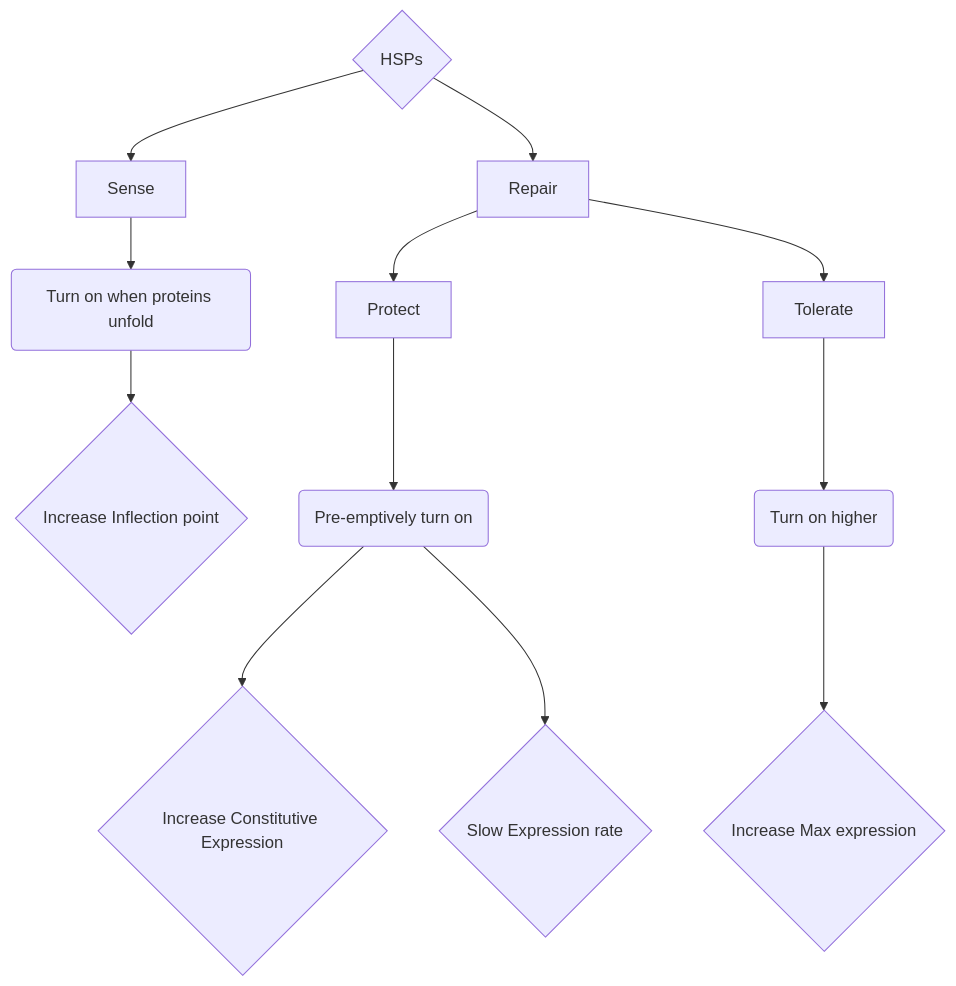
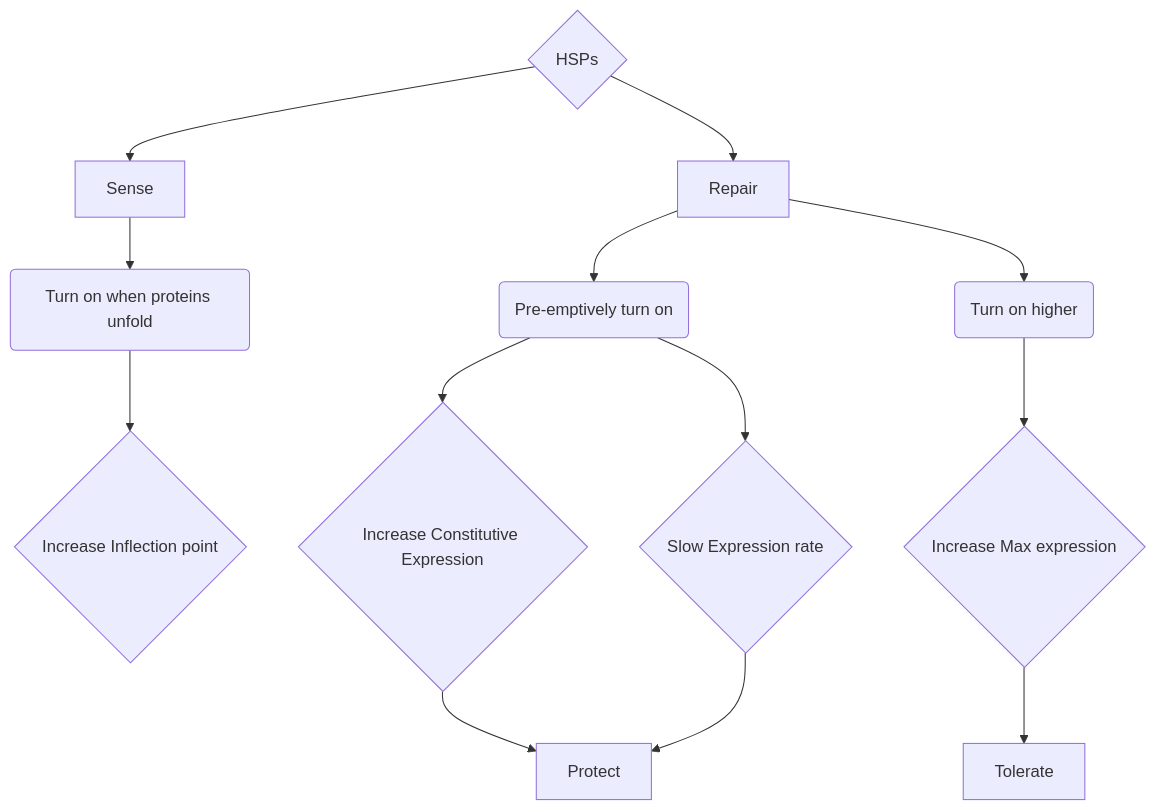
Before and after one commit to adnguyen/Notebooks_and_Protocols: the fourth of 4 diagrams in 2017_notebook.md, drawn with Mermaid. The commit also changed 1 other file, not shown here.

Commit message:
adding paper notes

````diff
--- a/2017_notebook.md
+++ b/2017_notebook.md
@@ -1532,14 +1532,15 @@
 ```mermaid
 graph TD
 A{HSPs} --> B[Sense]
 A --> C[Repair]
 B --> L(Turn on when proteins unfold)
 L --> H{Increase Inflection point}
-C --> P[Protect]
-C --> T[Tolerate]
-P --> E(Pre-emptively turn on)
-T --> R(Turn on higher)
+C --> E(Pre-emptively turn on)
+C --> R(Turn on higher)
 R --> V{Increase Max expression}
 E --> F{Increase Constitutive Expression}
 E --> Y{Slow Expression rate}
+F --> P[Protect]
+Y --> P
+V --> T[Tolerate]
 ```
````
